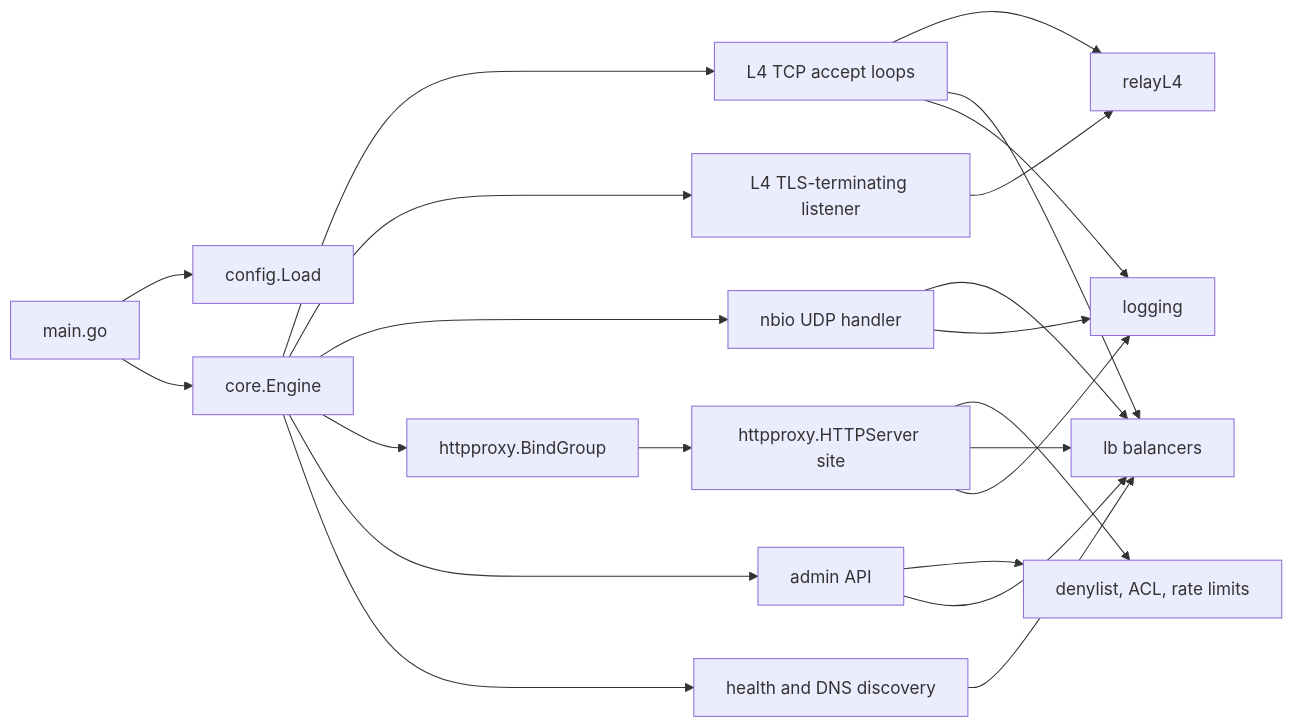
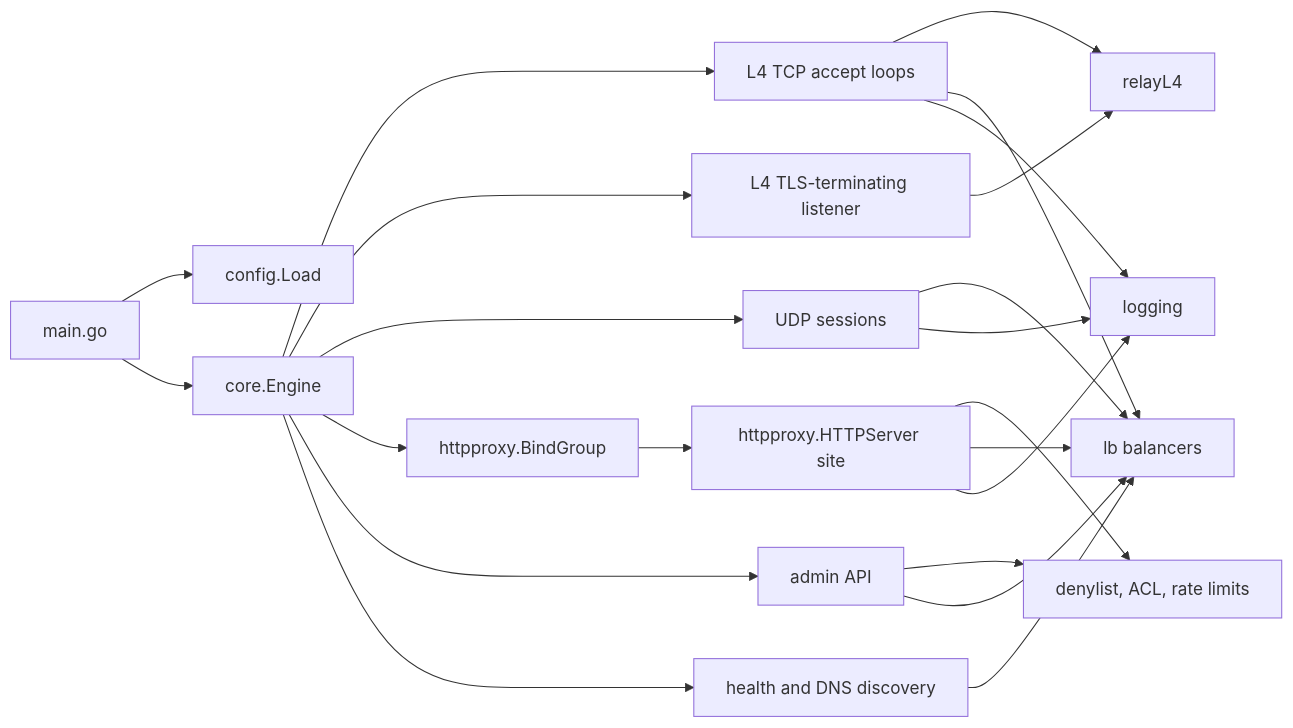
One commit to nvelox/nvelox changed the second of 6 diagrams in docs/ARCHITECTURE.md. Above: the diagram before and after it, drawn with Mermaid. The commit also changed other lines of this file and 156 other files, not shown here.

````diff
--- a/docs/ARCHITECTURE.md
+++ b/docs/ARCHITECTURE.md
@@ -51,39 +53,39 @@
 ```mermaid
 flowchart LR
   main["main.go"]
   cfg["config.Load"]
   engine["core.Engine"]
   tcp["L4 TCP accept loops"]
   tlsl4["L4 TLS-terminating listener"]
-  udp["nbio UDP handler"]
+  udp["UDP sessions"]
   relay["relayL4"]
   bg["httpproxy.BindGroup"]
   site["httpproxy.HTTPServer site"]
   gates["denylist, ACL, rate limits"]
   lbal["lb balancers"]
   health["health and DNS discovery"]
   admin["admin API"]
   logs["logging"]
 
   main --> cfg
   main --> engine
   engine --> tcp
   engine --> tlsl4
   engine --> udp
   engine --> bg
   engine --> admin
   engine --> health
   tcp --> relay
   tlsl4 --> relay
   bg --> site
   site --> gates
   site --> lbal
   tcp --> lbal
   udp --> lbal
   health --> lbal
   admin --> gates
   admin --> lbal
   site --> logs
   tcp --> logs
   udp --> logs
 ```
````
